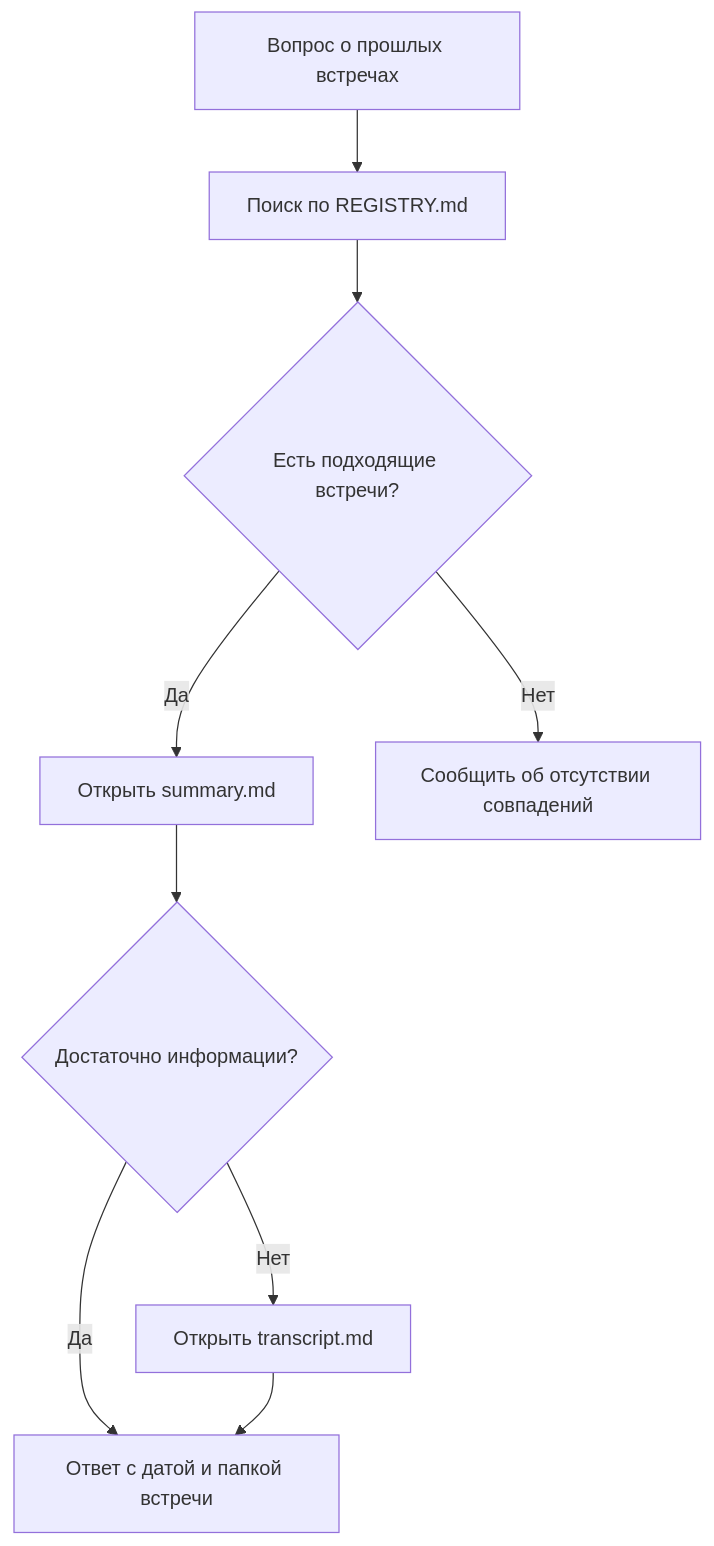
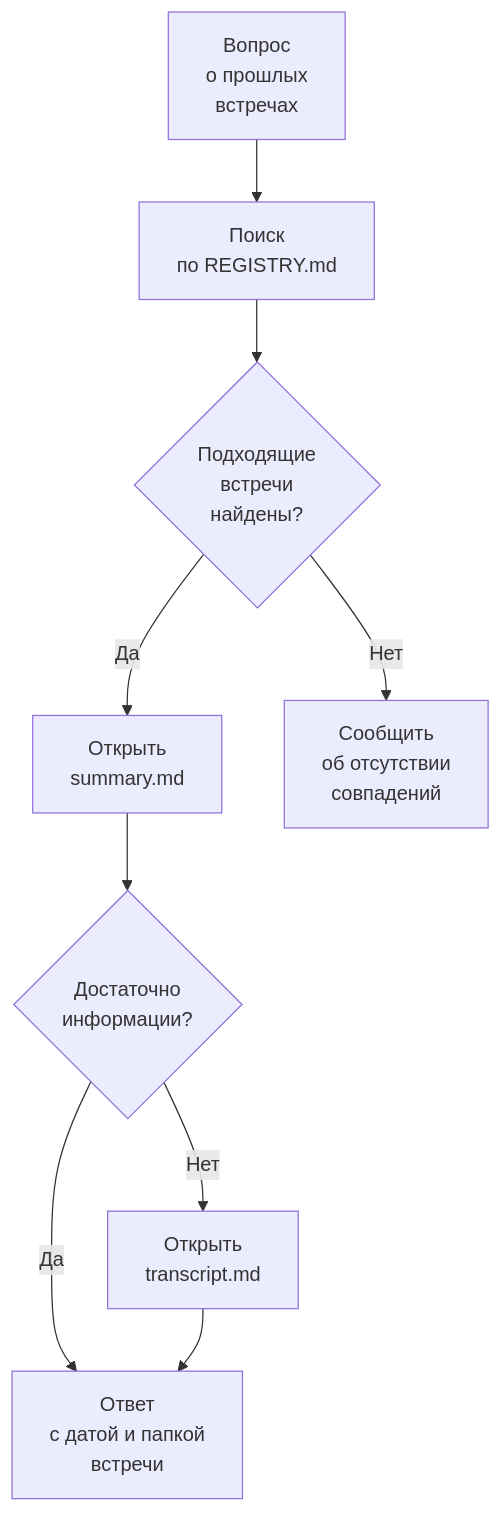
The third of 3 diagrams in README.md (yakumuro/meetings_transcriber_skill), drawn with Mermaid before and after one commit. The commit also changed other lines of this file, not shown here.

````diff
--- a/README.md
+++ b/README.md
@@ -72,11 +85,11 @@
 ```mermaid
 flowchart TD
-    A["Вопрос о прошлых встречах"] --> B["Поиск по REGISTRY.md"]
-    B --> C{"Есть подходящие встречи?"}
-    C -- "Да" --> D["Открыть summary.md"]
-    D --> E{"Достаточно информации?"}
-    E -- "Да" --> F["Ответ с датой и папкой встречи"]
-    E -- "Нет" --> G["Открыть transcript.md"]
+    A["Вопрос<br/>о прошлых<br/>встречах"] --> B["Поиск<br/>по REGISTRY.md"]
+    B --> C{"Подходящие<br/>встречи<br/>найдены?"}
+    C -- "Да" --> D["Открыть<br/>summary.md"]
+    D --> E{"Достаточно<br/>информации?"}
+    E -- "Да" --> F["Ответ<br/>с датой и папкой<br/>встречи"]
+    E -- "Нет" --> G["Открыть<br/>transcript.md"]
     G --> F
-    C -- "Нет" --> H["Сообщить об отсутствии совпадений"]
+    C -- "Нет" --> H["Сообщить<br/>об отсутствии<br/>совпадений"]
 ```
````
